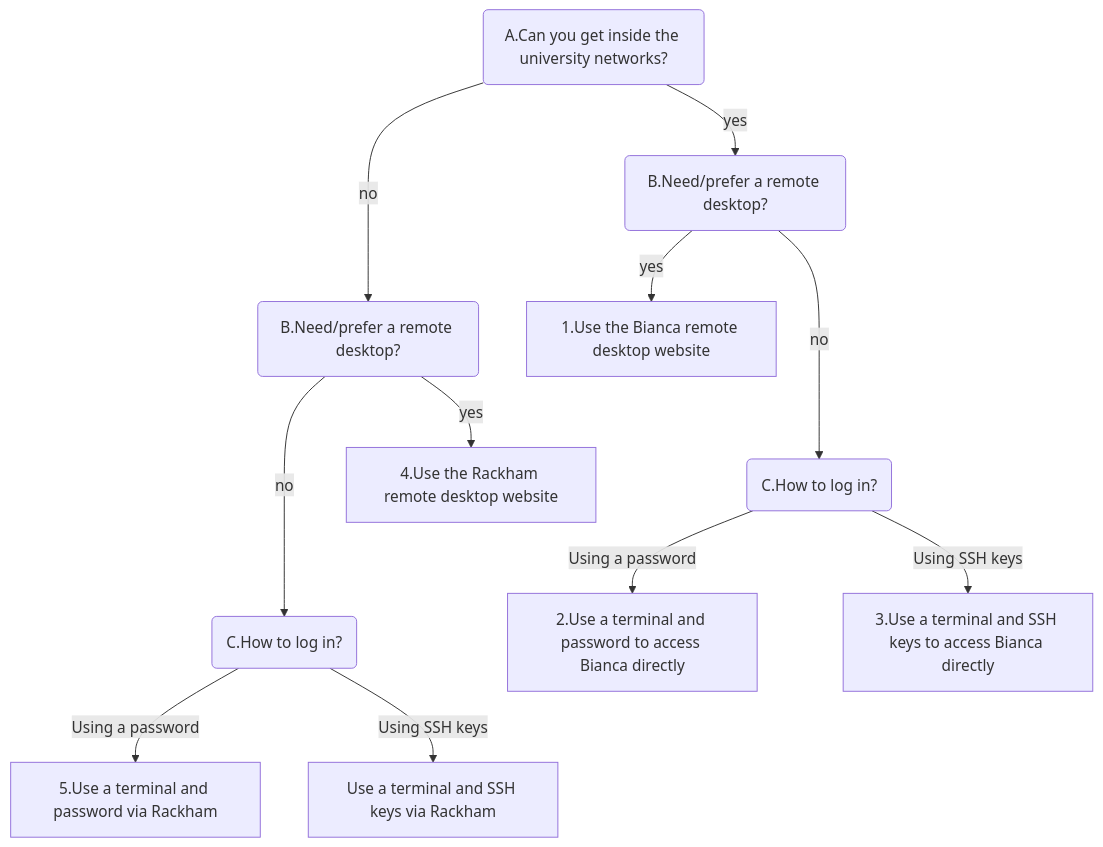
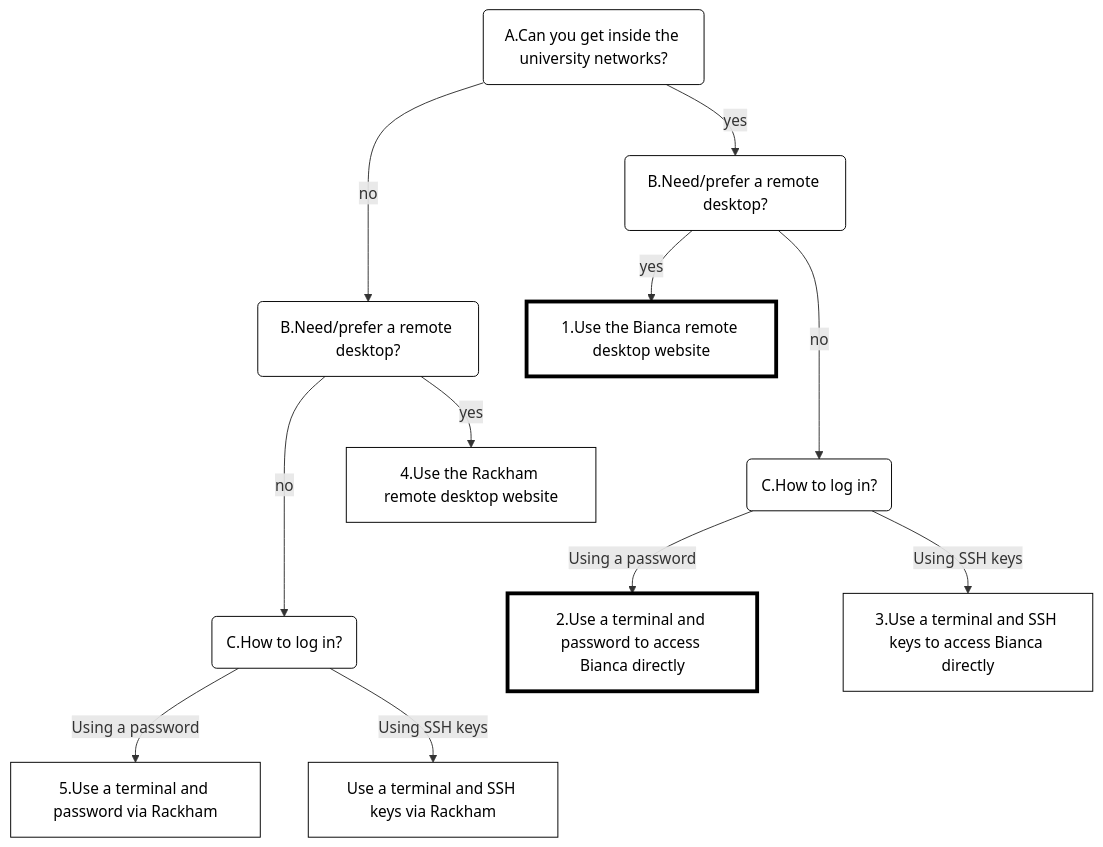
The diagram in docs/getting_started/login_bianca.md (UPPMAX/UPPMAX-documentation), drawn with Mermaid before and after one commit. The commit also changed other lines of this file, not shown here.

Commit message:
Highlight most important ones

````diff
--- a/docs/getting_started/login_bianca.md
+++ b/docs/getting_started/login_bianca.md
@@ -28,32 +28,39 @@
 ```mermaid
 flowchart TD
+
+  %% Give a white background to all nodes, instead of a transparent one
+  classDef node fill:#fff,color:#000,stroke:#000
+  %% Graph nodes for files and calculations
+  classDef important_node stroke-width:4px
+
+
   in_sunet(A.Can you get inside the university networks?)
   need_remote_desktop(B.Need/prefer a remote desktop?)
   how_login(C.How to log in?)
   need_remote_desktop_no_sunet(B.Need/prefer a remote desktop?)
   how_login_no_sunet(C.How to log in?)
 
-  use_website[1.Use the Bianca remote desktop website]
-  use_password[2.Use a terminal and password to access Bianca directly]
+  use_website[1.Use the Bianca remote desktop website]:::important_node
+  use_password[2.Use a terminal and password to access Bianca directly]:::important_node
   use_ssh_keys[3.Use a terminal and SSH keys to access Bianca directly]
   
   use_website_no_sunet[4.Use the Rackham remote desktop website]
   use_password_no_sunet[5.Use a terminal and password via Rackham]
   use_ssh_keys_no_sunet[Use a terminal and SSH keys via Rackham]
 
   in_sunet --> |yes| need_remote_desktop
 
   need_remote_desktop ---> |no| how_login
   need_remote_desktop --> |yes| use_website
 
   how_login --> |Using a password| use_password
   how_login --> |Using SSH keys| use_ssh_keys
 
   in_sunet ---> |no| need_remote_desktop_no_sunet
 
   need_remote_desktop_no_sunet ---> |no| how_login_no_sunet
   need_remote_desktop_no_sunet --> |yes| use_website_no_sunet
 
   how_login_no_sunet --> |Using a password| use_password_no_sunet
   how_login_no_sunet --> |Using SSH keys| use_ssh_keys_no_sunet
 ```
````
